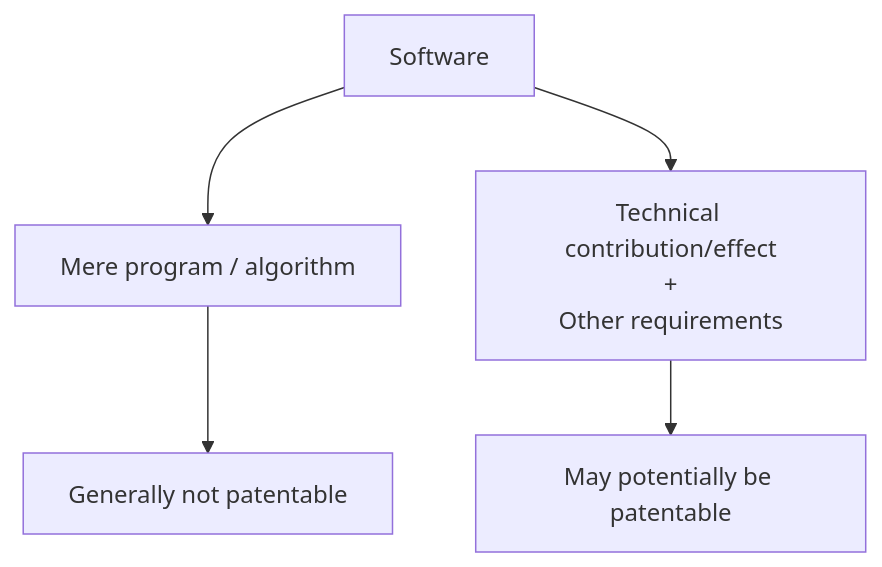
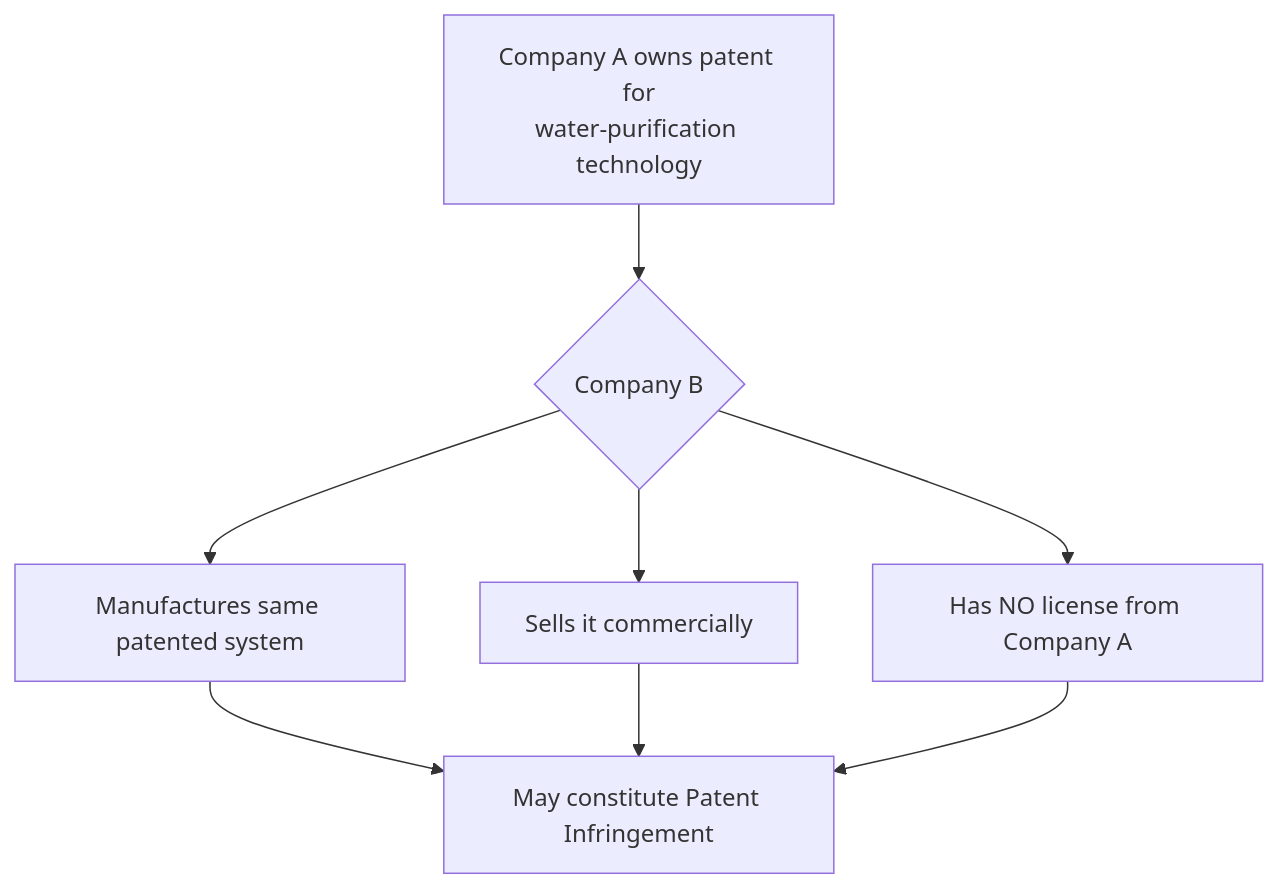
The diagram in 09_Patent_Infringement.md (Aryns293/IPR), drawn with Mermaid before and after one commit. The commit also changed other lines of this file and 8 other files, not shown here.

````diff
--- a/09_Patent_Infringement.md
+++ b/09_Patent_Infringement.md
@@ -271,7 +30,8 @@
 ```mermaid
 flowchart TD
-    A[Software] --> B["Mere program / algorithm"]
-    B --> C[Generally not patentable]
-    A --> D["Technical contribution/effect\n+\nOther requirements"]
-    D --> E[May potentially be patentable]
+    A["Company A owns patent for\nwater-purification technology"] --> B{Company B}
+    B --> C[Manufactures same patented system]
+    B --> D[Sells it commercially]
+    B --> E[Has NO license from Company A]
+    C & D & E --> F[May constitute Patent Infringement]
 ```
````
